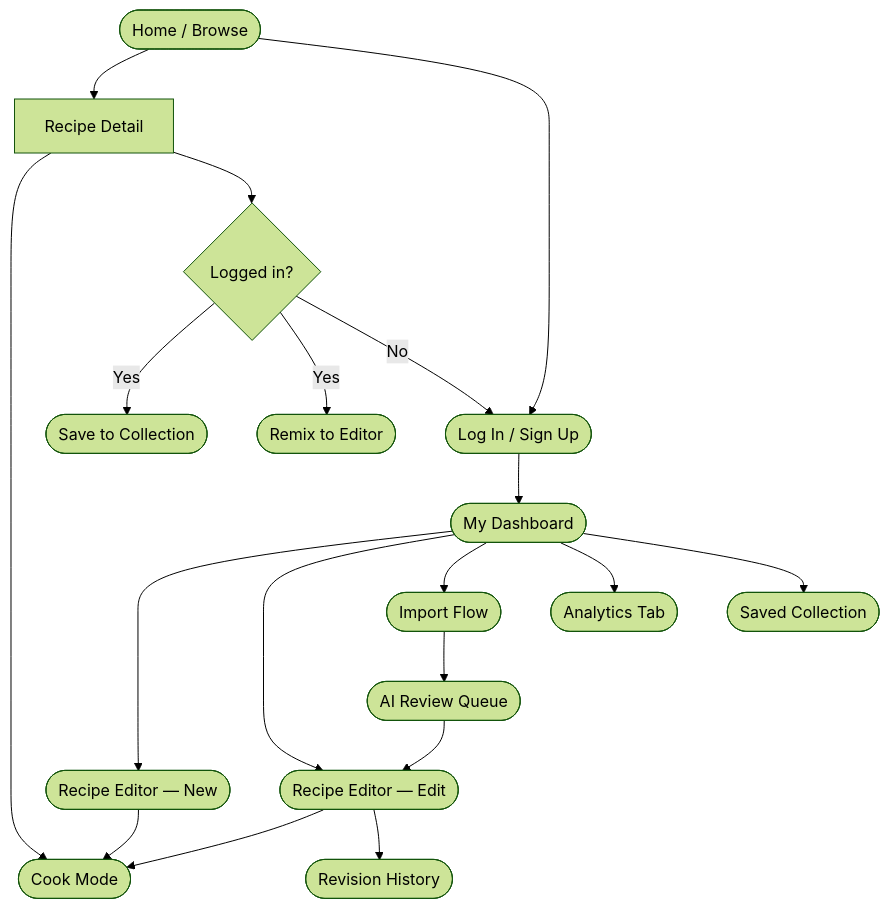
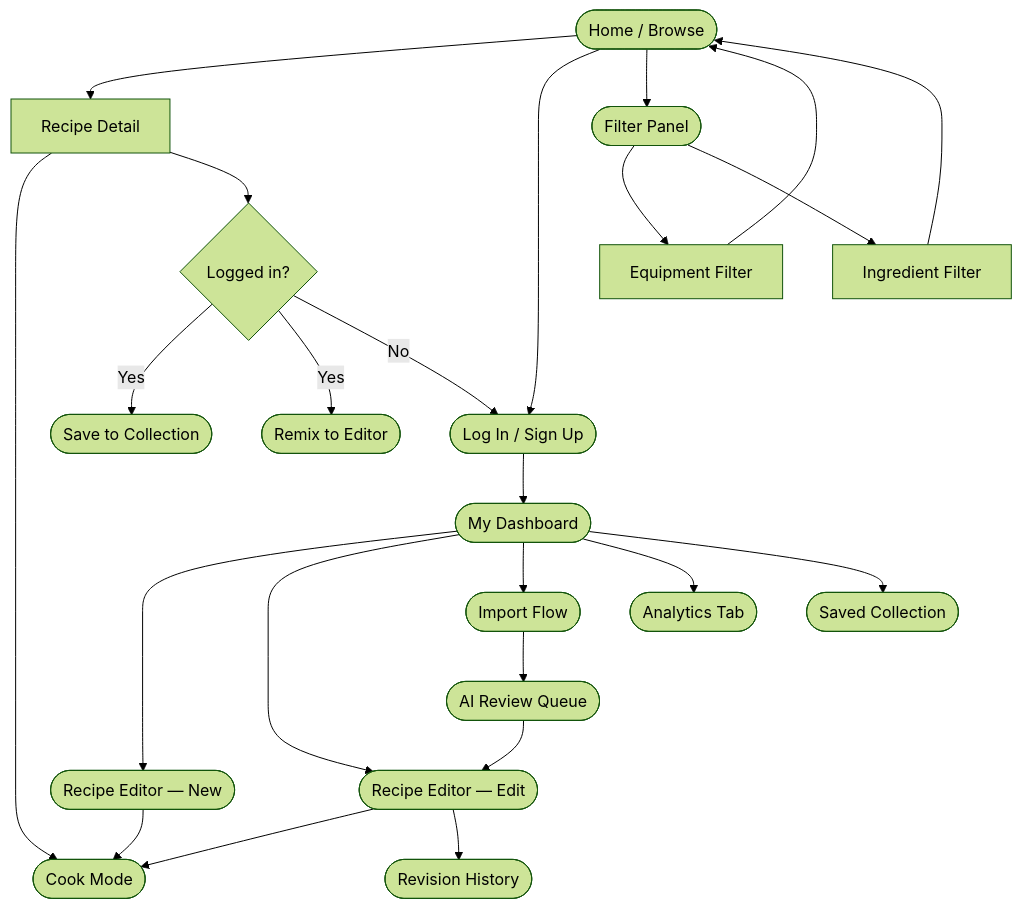
One commit to koktszho-zelca/StepDish changed the first of 2 diagrams in docs/user-stories/WIREFRAMES.md. Above: the diagram before and after it, drawn with Mermaid (forest theme). The commit also changed other lines of this file and 2 other files, not shown here.

First line of the commit message:
feat: add equipment section and ingredient-based filtering (US-025, US-026)

````diff
--- a/docs/user-stories/WIREFRAMES.md
+++ b/docs/user-stories/WIREFRAMES.md
@@ -622,21 +664,26 @@
 ```mermaid
 flowchart TD
     A([Home / Browse]) --> B[Recipe Detail]
     A --> C([Log In / Sign Up])
+    A --> FP([Filter Panel])
+    FP --> EQ[Equipment Filter]
+    FP --> ING[Ingredient Filter]
+    EQ --> A
+    ING --> A
     C --> D([My Dashboard])
     D --> E([Recipe Editor — New])
     D --> F([Recipe Editor — Edit])
     D --> G([Import Flow])
     D --> H([Analytics Tab])
     D --> I([Saved Collection])
     E --> J([Cook Mode])
     F --> J
     F --> K([Revision History])
     B --> J
     B --> L{Logged in?}
     L -- Yes --> M([Save to Collection])
     L -- Yes --> N([Remix to Editor])
     L -- No --> C
     G --> O([AI Review Queue])
     O --> F
 ```
````
